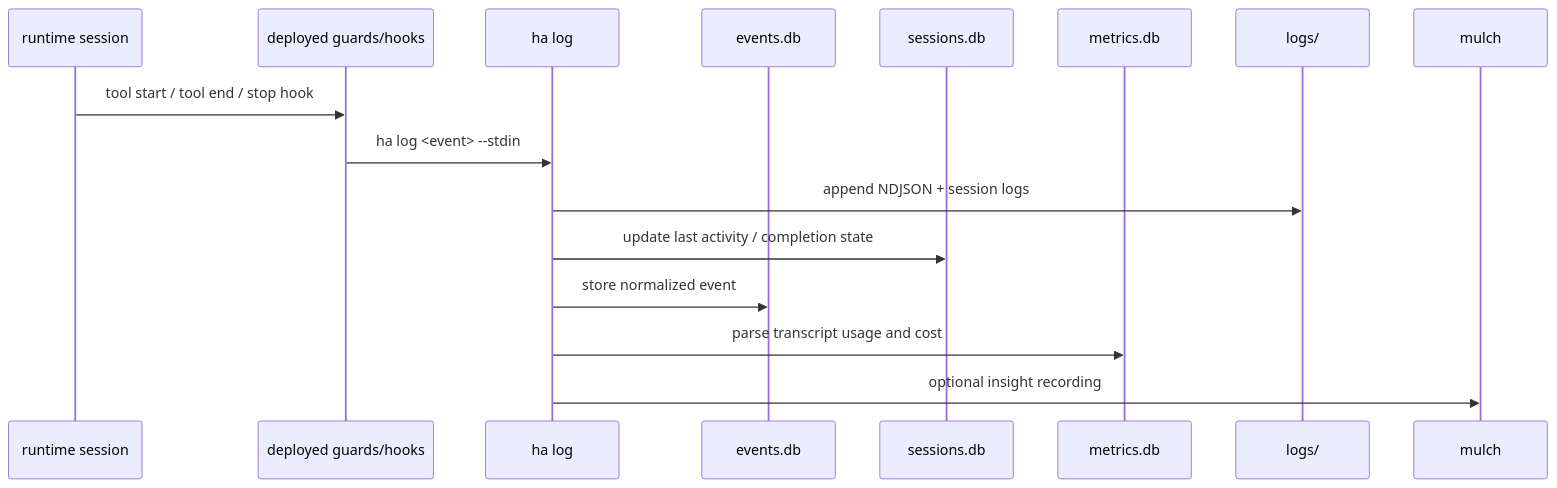
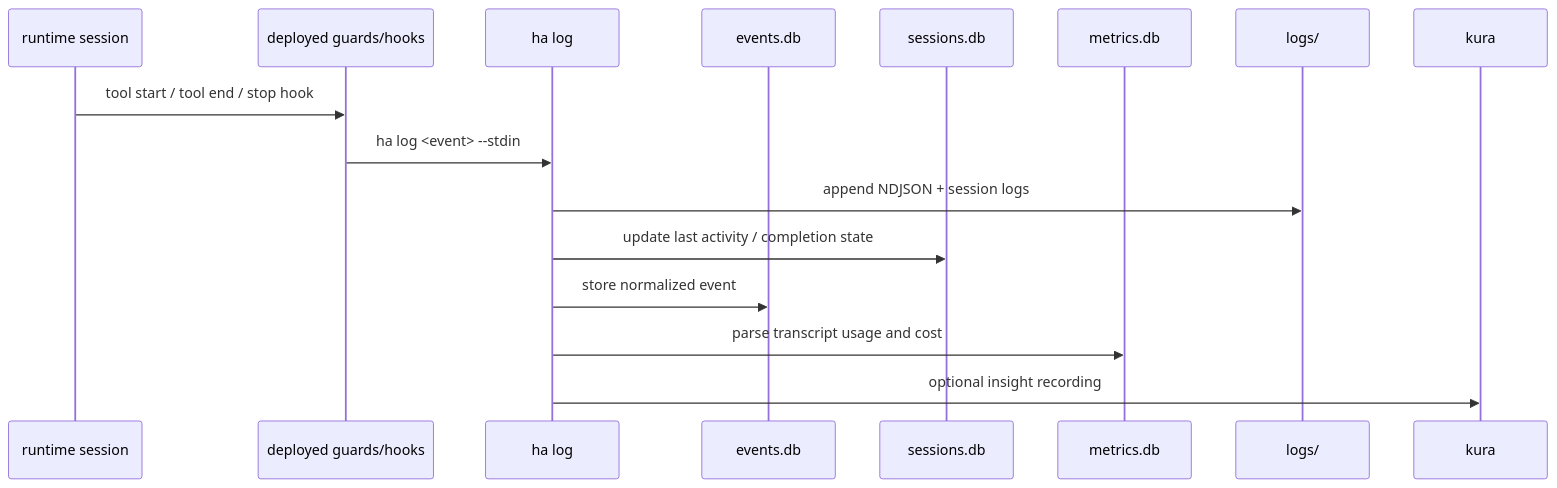
One commit to liker0704/haru changed the fourth of 9 diagrams in docs/architecture/workflows.md. Above: the diagram before and after it, drawn with Mermaid. The commit also changed other lines of this file and 33 other files, not shown here.

First line of the commit message:
docs(rebrand): Overstory→Haru, mulch→kura, seeds→suji, canopy→tane

````diff
--- a/docs/architecture/workflows.md
+++ b/docs/architecture/workflows.md
@@ -158,19 +158,19 @@
 ```mermaid
 sequenceDiagram
     participant Agent as runtime session
     participant Hooks as deployed guards/hooks
     participant LogCmd as ha log
     participant EventStore as events.db
     participant SessionStore as sessions.db
     participant Metrics as metrics.db
     participant Logs as logs/
-    participant Mulch as mulch
+    participant Kura as kura
 
     Agent->>Hooks: tool start / tool end / stop hook
     Hooks->>LogCmd: ha log <event> --stdin
     LogCmd->>Logs: append NDJSON + session logs
     LogCmd->>SessionStore: update last activity / completion state
     LogCmd->>EventStore: store normalized event
     LogCmd->>Metrics: parse transcript usage and cost
-    LogCmd->>Mulch: optional insight recording
+    LogCmd->>Kura: optional insight recording
 ```
````
